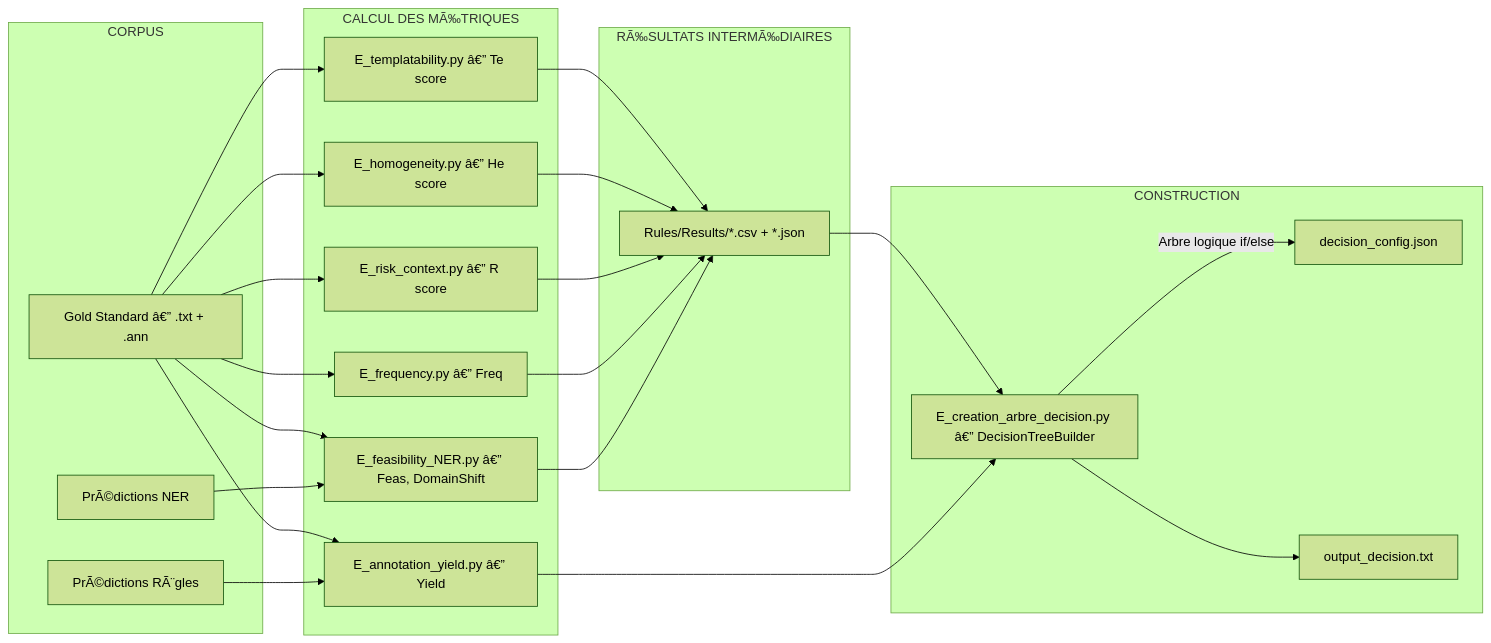
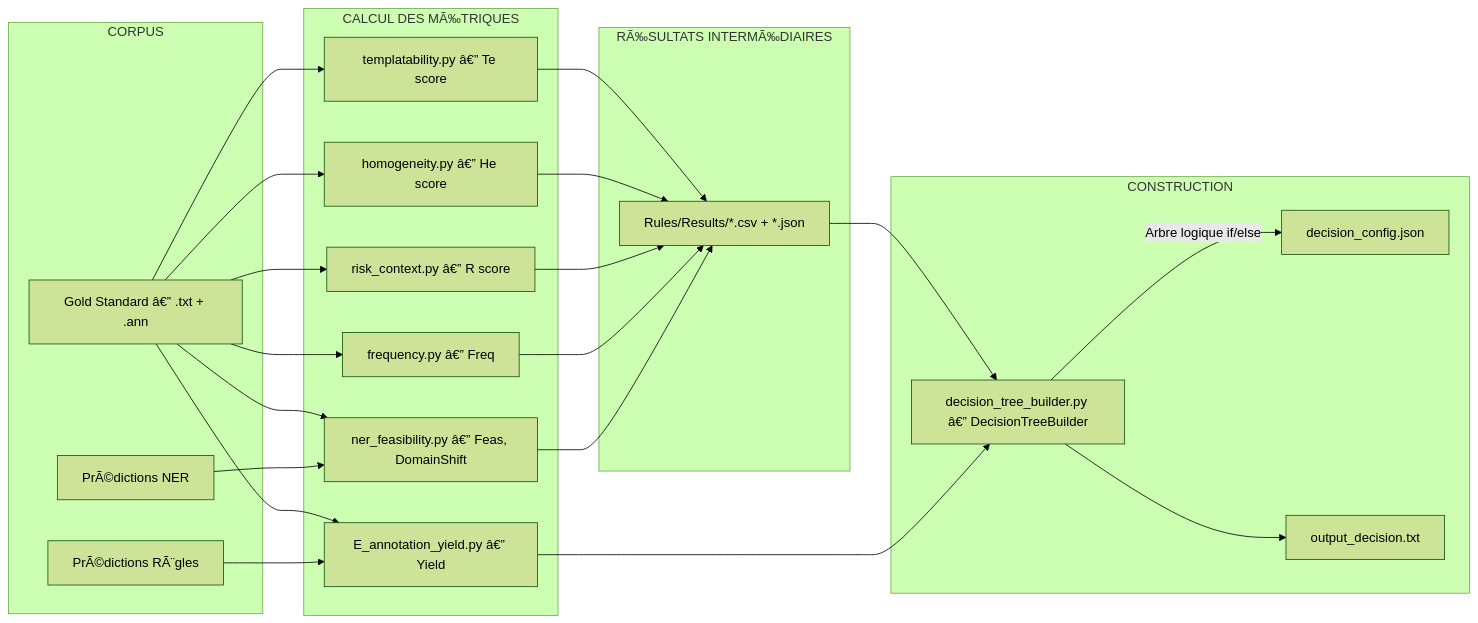
The second of 3 diagrams in docs/RAPPORT_COMPREHENSION.md (longeacc/DEMNE-Determination-of-Extraction-Methode-for-Named-Entity), drawn with Mermaid (forest theme) before and after one commit. The commit also changed other lines of this file and 30 other files, not shown here.

````diff
--- a/docs/RAPPORT_COMPREHENSION.md
+++ b/docs/RAPPORT_COMPREHENSION.md
@@ -501,39 +501,39 @@
 ```mermaid
 graph LR
     subgraph "CORPUS"
         GS["Gold Standard â€” .txt + .ann"]
         PRED_R["PrÃ©dictions RÃ¨gles"]
         PRED_NER["PrÃ©dictions NER"]
     end
 
     subgraph "CALCUL DES MÃ‰TRIQUES"
-        TE["E_templatability.py â€” Te score"]
-        HE["E_homogeneity.py â€” He score"]
-        RC["E_risk_context.py â€” R score"]
-        FR["E_frequency.py â€” Freq"]
+        TE["templatability.py â€” Te score"]
+        HE["homogeneity.py â€” He score"]
+        RC["risk_context.py â€” R score"]
+        FR["frequency.py â€” Freq"]
         AY["E_annotation_yield.py â€” Yield"]
-        FE["E_feasibility_NER.py â€” Feas, DomainShift"]
+        FE["ner_feasibility.py â€” Feas, DomainShift"]
     end
 
     subgraph "RÃ‰SULTATS INTERMÃ‰DIAIRES"
         CSV["Rules/Results/*.csv + *.json"]
     end
 
     subgraph "CONSTRUCTION"
-        BUILDER["E_creation_arbre_decision.py â€” DecisionTreeBuilder"]
+        BUILDER["decision_tree_builder.py â€” DecisionTreeBuilder"]
         JSON["decision_config.json"]
         TXT["output_decision.txt"]
     end
 
     GS --> TE & HE & RC & FR & AY & FE
     PRED_R --> AY
     PRED_NER --> FE
 
     TE & HE & RC & FR --> CSV
     CSV --> BUILDER
     AY --> BUILDER
     FE --> CSV
 
     BUILDER -->|"Arbre logique if/else"| JSON
     BUILDER --> TXT
 ```
````
